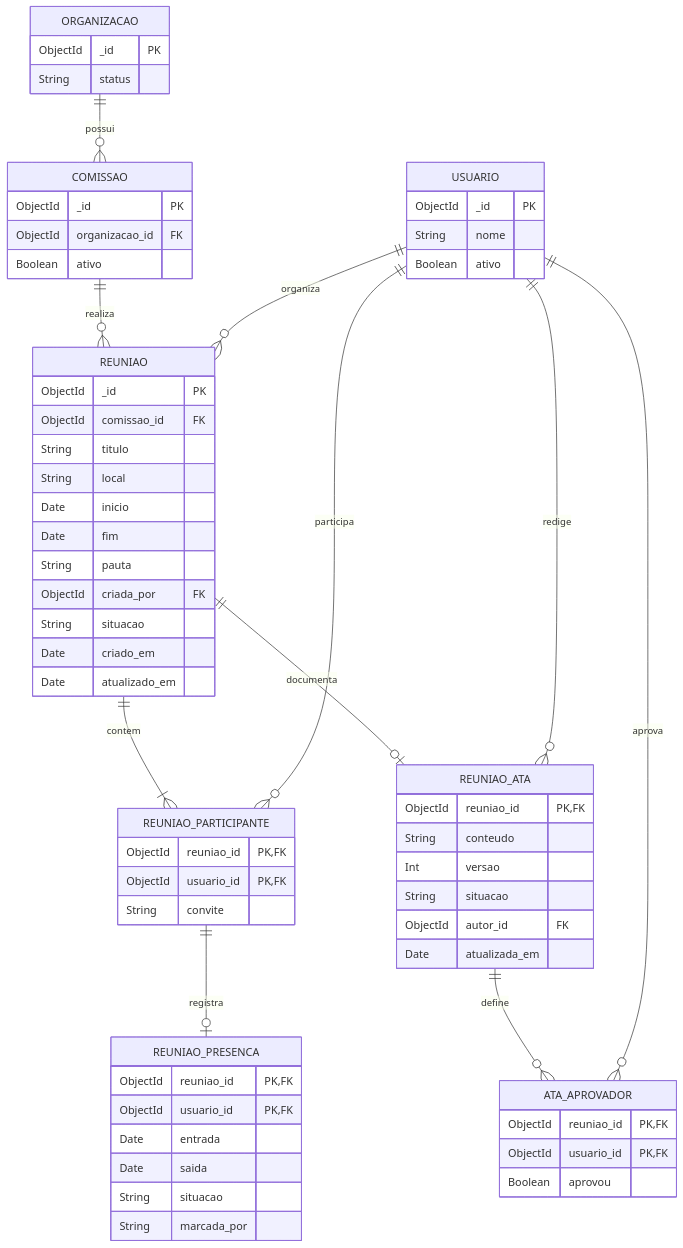
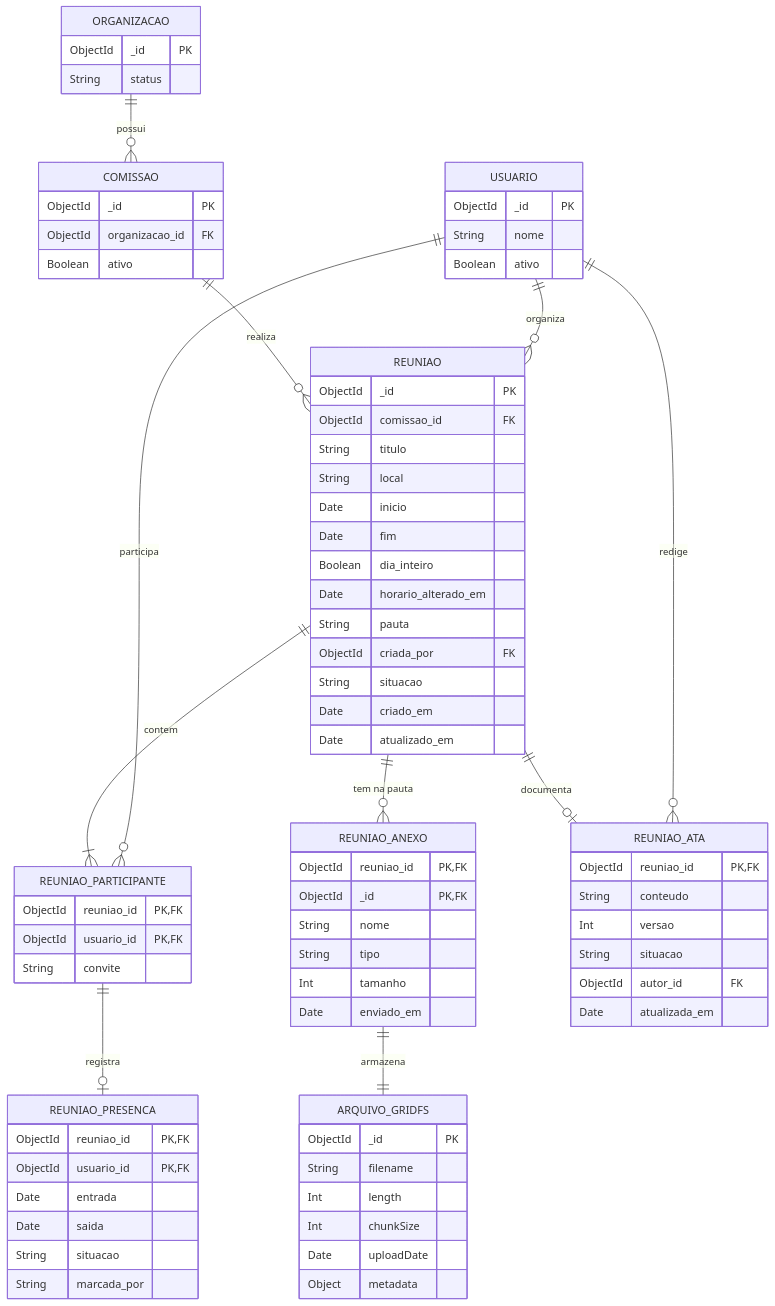
One commit to Conecta-IFSP/DOCUMENTATION changed the diagram in 3 - Incremento2/reunioes/4 - diagrama-relacional-reunioes.md. Above: the diagram before and after it, drawn with Mermaid. The commit also changed other lines of this file and 26 other files, not shown here.

````diff
--- a/3 - Incremento2/reunioes/4 - diagrama-relacional-reunioes.md
+++ b/3 - Incremento2/reunioes/4 - diagrama-relacional-reunioes.md
@@ -11,67 +13,80 @@
 ```mermaid
 erDiagram
     ORGANIZACAO ||--o{ COMISSAO : possui
     COMISSAO ||--o{ REUNIAO : realiza
     USUARIO ||--o{ REUNIAO : organiza
     REUNIAO ||--|{ REUNIAO_PARTICIPANTE : contem
     USUARIO ||--o{ REUNIAO_PARTICIPANTE : participa
     REUNIAO_PARTICIPANTE ||--o| REUNIAO_PRESENCA : registra
+    REUNIAO ||--o{ REUNIAO_ANEXO : "tem na pauta"
+    REUNIAO_ANEXO ||--|| ARQUIVO_GRIDFS : armazena
     REUNIAO ||--o| REUNIAO_ATA : documenta
     USUARIO ||--o{ REUNIAO_ATA : redige
-    REUNIAO_ATA ||--o{ ATA_APROVADOR : define
-    USUARIO ||--o{ ATA_APROVADOR : aprova
 
     REUNIAO {
         ObjectId _id PK
         ObjectId comissao_id FK
         String titulo
         String local
         Date inicio
         Date fim
+        Boolean dia_inteiro
+        Date horario_alterado_em
         String pauta
         ObjectId criada_por FK
         String situacao
         Date criado_em
         Date atualizado_em
+    }
+    REUNIAO_ANEXO {
+        ObjectId reuniao_id PK,FK
+        ObjectId _id PK,FK
+        String nome
+        String tipo
+        Int tamanho
+        Date enviado_em
+    }
+    ARQUIVO_GRIDFS {
+        ObjectId _id PK
+        String filename
+        Int length
+        Int chunkSize
+        Date uploadDate
+        Object metadata
     }
     REUNIAO_PARTICIPANTE {
         ObjectId reuniao_id PK,FK
         ObjectId usuario_id PK,FK
         String convite
     }
     REUNIAO_PRESENCA {
         ObjectId reuniao_id PK,FK
         ObjectId usuario_id PK,FK
         Date entrada
         Date saida
         String situacao
         String marcada_por
     }
     REUNIAO_ATA {
         ObjectId reuniao_id PK,FK
         String conteudo
         Int versao
         String situacao
         ObjectId autor_id FK
         Date atualizada_em
     }
-    ATA_APROVADOR {
-        ObjectId reuniao_id PK,FK
-        ObjectId usuario_id PK,FK
-        Boolean aprovou
-    }
     COMISSAO {
         ObjectId _id PK
         ObjectId organizacao_id FK
         Boolean ativo
     }
     ORGANIZACAO {
         ObjectId _id PK
         String status
     }
     USUARIO {
         ObjectId _id PK
         String nome
         Boolean ativo
     }
 ```
````
